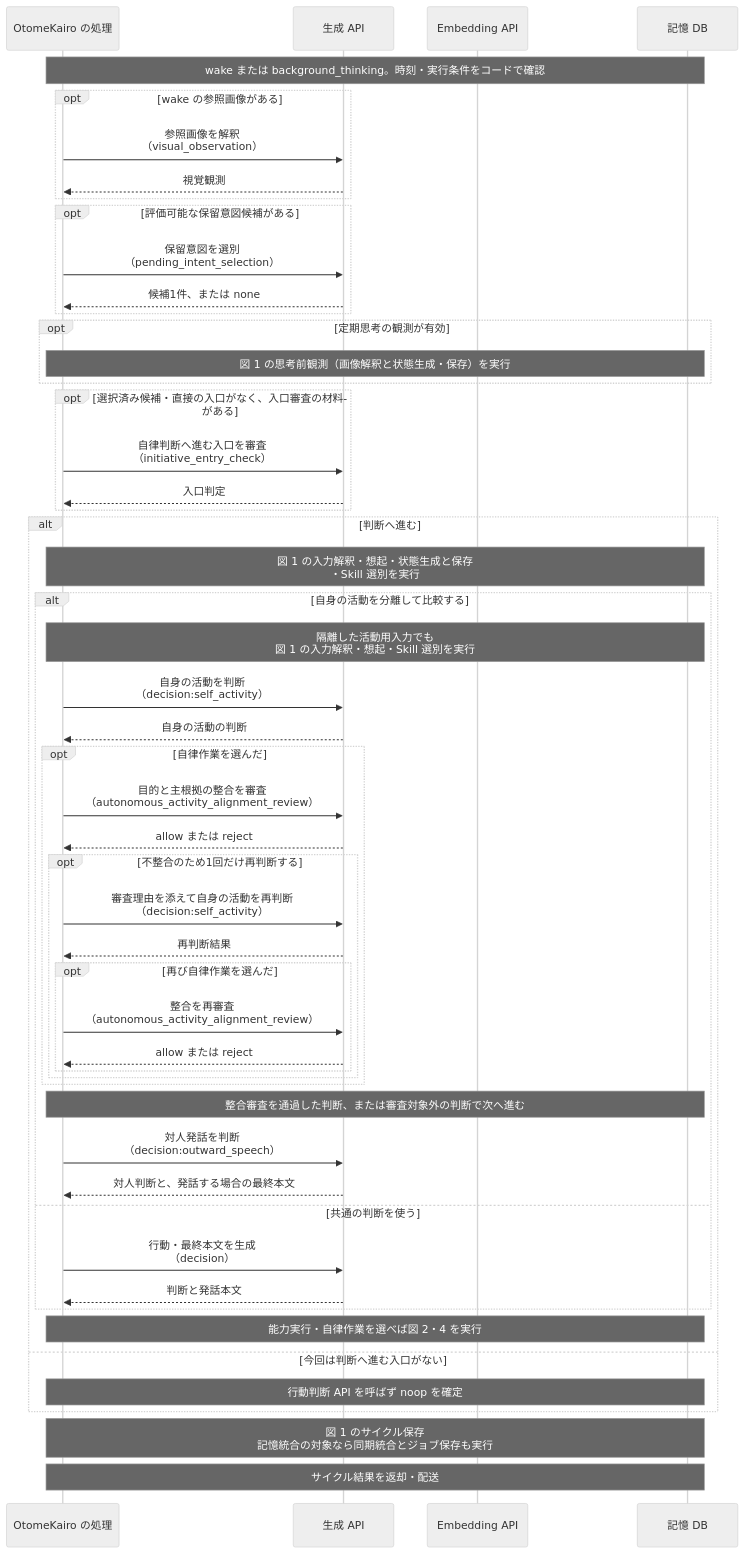
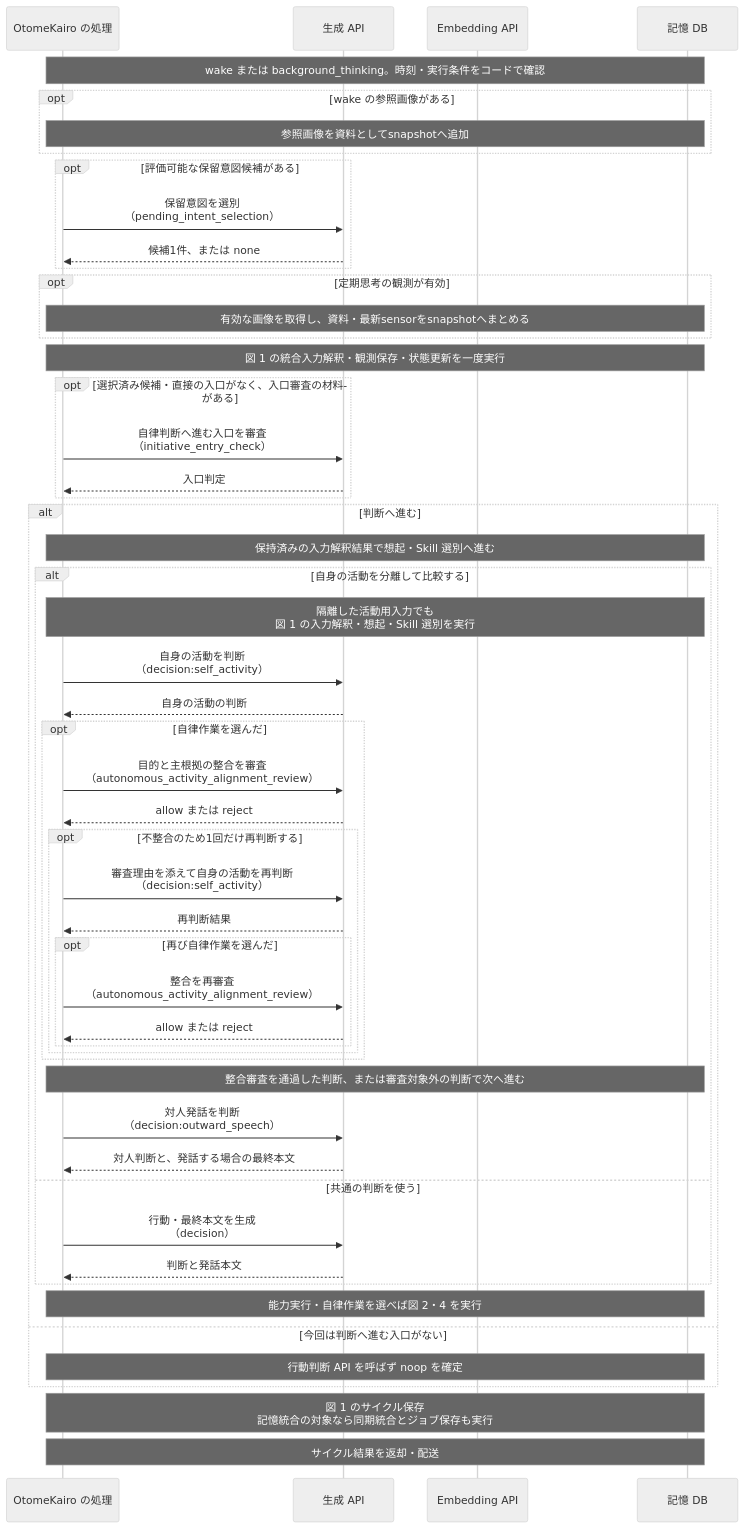
The third of 7 diagrams in docs/design/llm/LLM呼び出しシーケンス.md (hirona98/OtomeKairo), drawn with Mermaid (neutral theme) before and after one commit. The commit also changed other lines of this file and 107 other files, not shown here.

````diff
--- a/docs/design/llm/LLM呼び出しシーケンス.md
+++ b/docs/design/llm/LLM呼び出しシーケンス.md
@@ -261,55 +245,55 @@
 ```mermaid
 sequenceDiagram
     participant C as OtomeKairo の処理
     participant L as 生成 API
     participant E as Embedding API
     participant D as 記憶 DB
 
     Note over C,D: wake または background_thinking。時刻・実行条件をコードで確認
     opt wake の参照画像がある
-        C->>L: 参照画像を解釈<br>（visual_observation）
-        L-->>C: 視覚観測
+        Note over C,D: 参照画像を資料としてsnapshotへ追加
     end
     opt 評価可能な保留意図候補がある
         C->>L: 保留意図を選別<br>（pending_intent_selection）
         L-->>C: 候補1件、または none
     end
     opt 定期思考の観測が有効
-        Note over C,D: 図 1 の思考前観測（画像解釈と状態生成・保存）を実行
+        Note over C,D: 有効な画像を取得し、資料・最新sensorをsnapshotへまとめる
     end
+    Note over C,D: 図 1 の統合入力解釈・観測保存・状態更新を一度実行
     opt 選択済み候補・直接の入口がなく、入口審査の材料がある
         C->>L: 自律判断へ進む入口を審査<br>（initiative_entry_check）
         L-->>C: 入口判定
     end
     alt 判断へ進む
-        Note over C,D: 図 1 の入力解釈・想起・状態生成と保存<br>・Skill 選別を実行
+        Note over C,D: 保持済みの入力解釈結果で想起・Skill 選別へ進む
         alt 自身の活動を分離して比較する
             Note over C,D: 隔離した活動用入力でも<br>図 1 の入力解釈・想起・Skill 選別を実行
             C->>L: 自身の活動を判断<br>（decision:self_activity）
             L-->>C: 自身の活動の判断
             opt 自律作業を選んだ
                 C->>L: 目的と主根拠の整合を審査<br>（autonomous_activity_alignment_review）
                 L-->>C: allow または reject
                 opt 不整合のため1回だけ再判断する
                     C->>L: 審査理由を添えて自身の活動を再判断<br>（decision:self_activity）
                     L-->>C: 再判断結果
                     opt 再び自律作業を選んだ
                         C->>L: 整合を再審査<br>（autonomous_activity_alignment_review）
                         L-->>C: allow または reject
                     end
                 end
             end
             Note over C,D: 整合審査を通過した判断、または審査対象外の判断で次へ進む
             C->>L: 対人発話を判断<br>（decision:outward_speech）
             L-->>C: 対人判断と、発話する場合の最終本文
         else 共通の判断を使う
             C->>L: 行動・最終本文を生成<br>（decision）
             L-->>C: 判断と発話本文
         end
         Note over C,D: 能力実行・自律作業を選べば図 2・4 を実行
     else 今回は判断へ進む入口がない
         Note over C,D: 行動判断 API を呼ばず noop を確定
     end
     Note over C,D: 図 1 のサイクル保存<br>記憶統合の対象なら同期統合とジョブ保存も実行
     Note over C,D: サイクル結果を返却・配送
 ```
````
